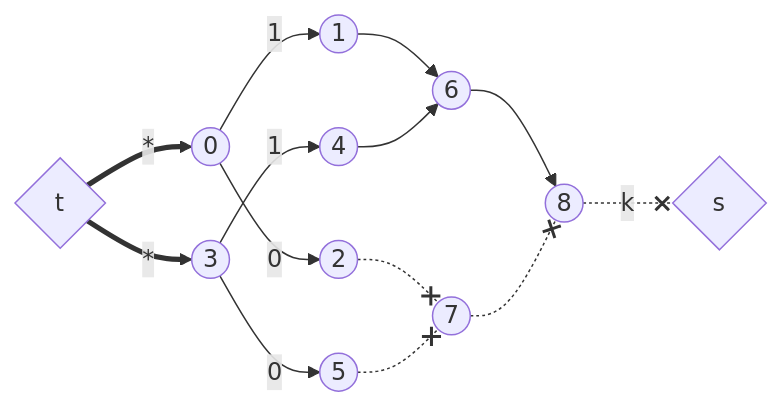
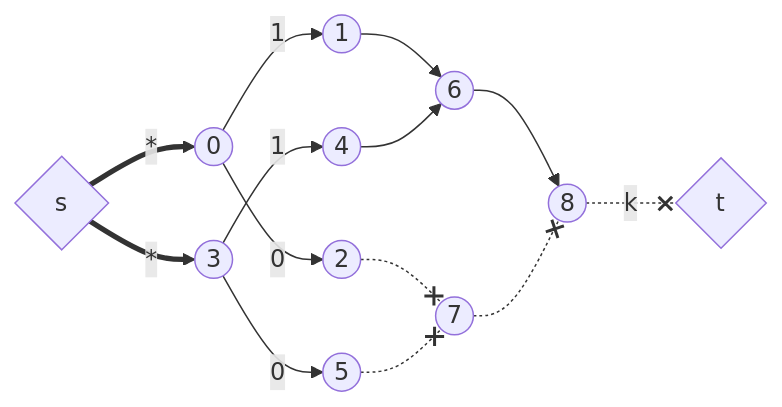
The fourth of 5 diagrams in sem2/AuW/PV/cx/tour-de-suisse.md (bfeitknecht/vault), drawn with Mermaid before and after one commit. The commit also changed other lines of this file, not shown here.

````diff
--- a/sem2/AuW/PV/cx/tour-de-suisse.md
+++ b/sem2/AuW/PV/cx/tour-de-suisse.md
@@ -201,39 +201,39 @@
 ```mermaid
 flowchart LR
 
 idS{s}
 idT{t}
 
 ids0((0))
 ids1((3))
 
 ids0p1((1))
 ids0p2((2))
 
 ids1p1((4))
 ids1p2((5))
 
 idb0p1((6))
 idb0p2((7))
 
 idb0((8))
 
 %%%%%%%%%%%%%%%%%%%%%%%%%%%%%%%%%%%%%%
 
-idT ==>|"*"| ids0 & ids1
+idS ==>|"*"| ids0 & ids1
 
 ids0 -->|"1"| ids0p1
 ids0 -->|"0"| ids0p2
 
 ids1 -->|"1"| ids1p1
 ids1 -->|"0"| ids1p2
 
 ids0p1 --> idb0p1 --> idb0
 ids0p2 -.-x idb0p2
 
 ids1p1 --> idb0p1
 ids1p2 -.-x idb0p2 -.-x idb0
 
-idb0 -.-x|"k"| idS
+idb0 -.-x|"k"| idT
 
 ```
````
